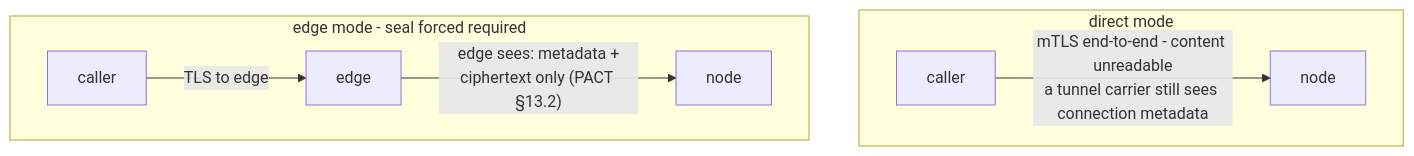
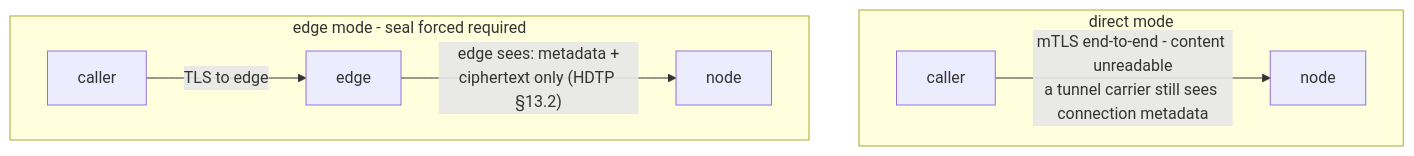
One commit to humandelegatedtrustprotocol/hdtp-gateway changed the eighth of 8 diagrams in SPEC.md. Above: the diagram before and after it, drawn with Mermaid. The commit also changed other lines of this file and 617 other files, not shown here.

````diff
--- a/SPEC.md
+++ b/SPEC.md
@@ -1211,10 +1211,10 @@
 ```mermaid
 flowchart TB
     subgraph DM["direct mode"]
         A1["caller"] -- "mTLS end-to-end - content unreadable<br/>a tunnel carrier still sees connection metadata" --> B1["node"]
     end
     subgraph EM["edge mode - seal forced required"]
         A2["caller"] -- "TLS to edge" --> E["edge"]
-        E -- "edge sees: metadata +<br/>ciphertext only (PACT §13.2)" --> B2["node"]
+        E -- "edge sees: metadata +<br/>ciphertext only (HDTP §13.2)" --> B2["node"]
     end
 ```
````
